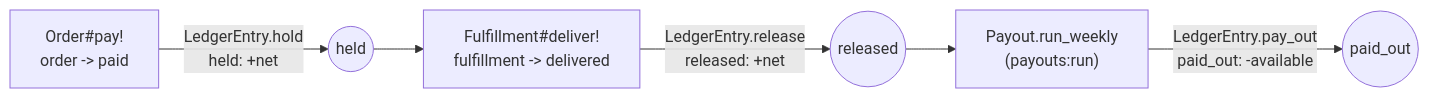
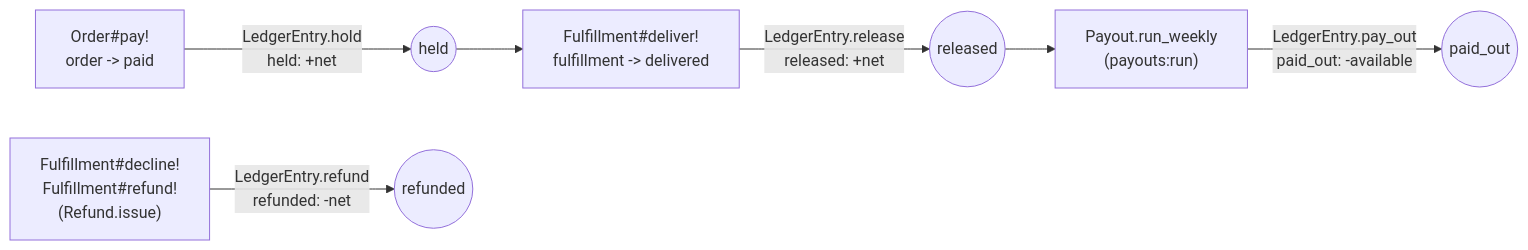
Before and after one commit to jonathan-beebe/art-store: the first of 2 diagrams in prototype/rails/docs/escrow.md, drawn with Mermaid. The commit also changed other lines of this file and 318 other files, not shown here.

````diff
--- a/prototype/rails/docs/escrow.md
+++ b/prototype/rails/docs/escrow.md
@@ -13,8 +14,9 @@
 ```mermaid
 flowchart LR
     finalize["Order#pay!\norder -> paid"] -->|"LedgerEntry.hold\nheld: +net"| held(("held"))
     held --> confirm["Fulfillment#deliver!\nfulfillment -> delivered"]
     confirm -->|"LedgerEntry.release\nreleased: +net"| released(("released"))
     released --> run["Payout.run_weekly\n(payouts:run)"]
     run -->|"LedgerEntry.pay_out\npaid_out: -available"| paidout(("paid_out"))
+    reverse["Fulfillment#decline!\nFulfillment#refund!\n(Refund.issue)"] -->|"LedgerEntry.refund\nrefunded: -net"| refunded(("refunded"))
 ```
````
